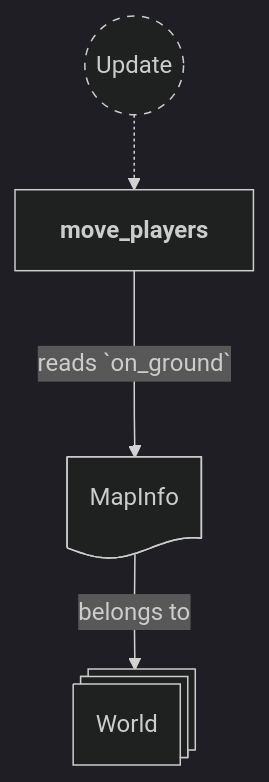
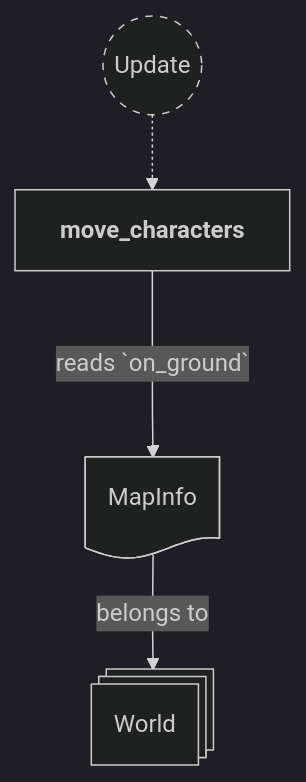
The second of 3 diagrams in backlog/docs/doc-4 - 003-Movements-plugin.md (neurosoup/tyled), drawn with Mermaid before and after one commit. The commit also changed other lines of this file and 7 other files, not shown here.

````diff
--- a/backlog/docs/doc-4 - 003-Movements-plugin.md
+++ b/backlog/docs/doc-4 - 003-Movements-plugin.md
@@ -64,21 +65,21 @@
 ```mermaid
 ---
 config:
   theme: dark
 ---
 
 flowchart TD
 classDef system-group stroke-dasharray: 5 5
 
 update(("`Update`")):::system-group
-move_players["`**move_players**`"]
+move_characters["`**move_characters**`"]
 
-update -.-> move_players
+update -.-> move_characters
 
 world@{ shape: st-rect, label: "World" }
 map_info_res@{ shape: doc, label: "MapInfo" }
 
 map_info_res --> |belongs to| world
 
-move_players ---> |reads `on_ground`| map_info_res
+move_characters ---> |reads `on_ground`| map_info_res
 ```
````
